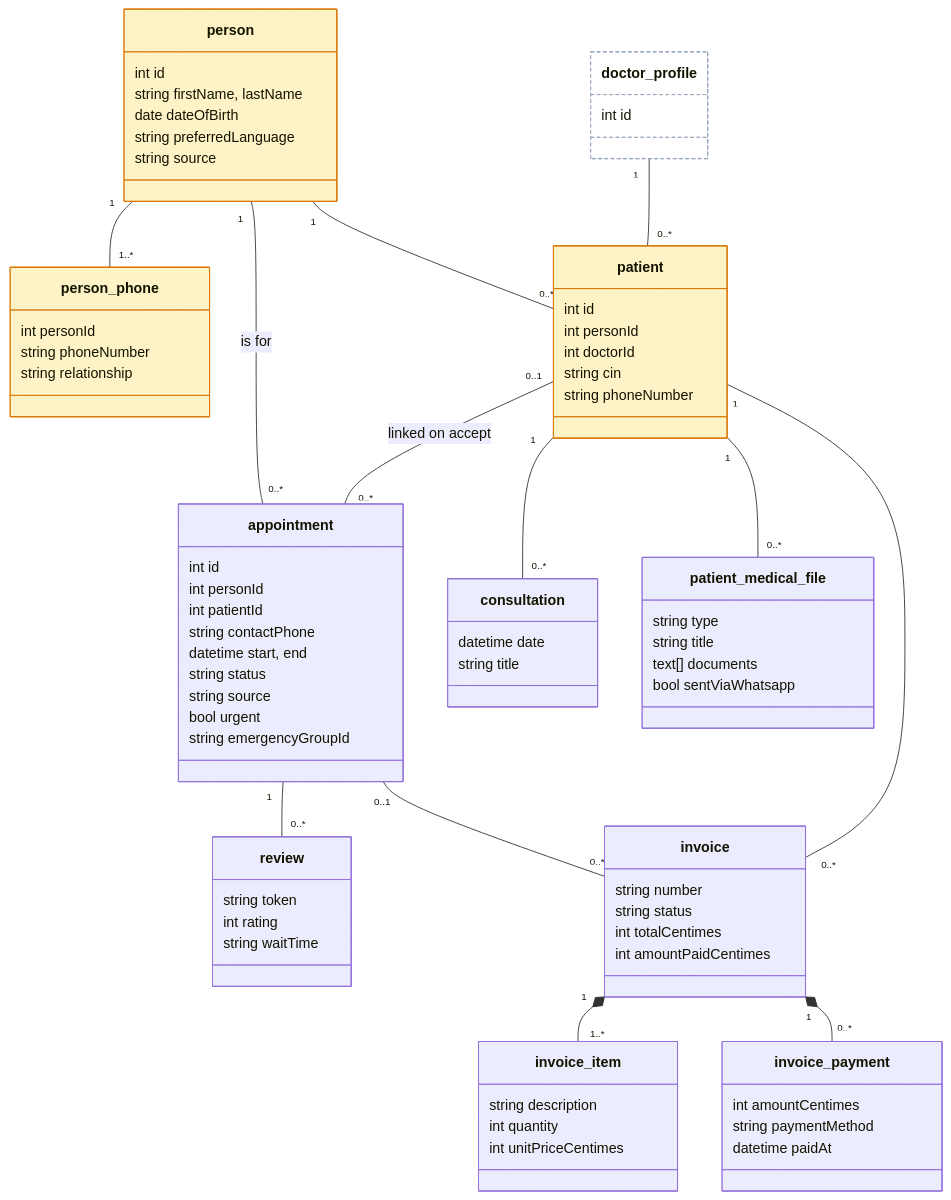
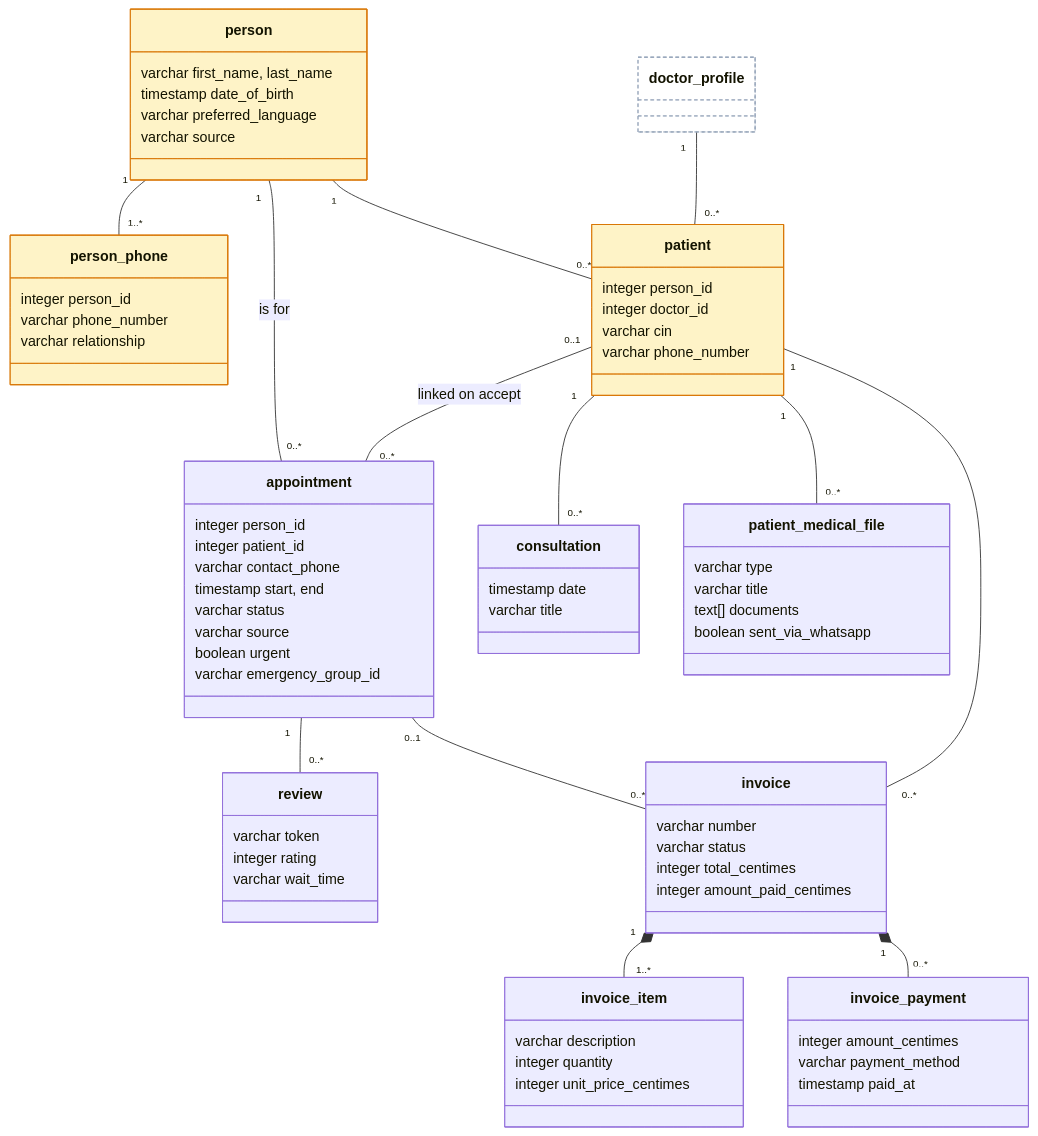
The diagram in images/diagrams/src/class_diagram_people_care.mmd (AtriOmar/riaya-report), drawn with Mermaid before and after one commit. The commit also changed 50 other files, not shown here.

First line of the commit message:
Restyle the diagrams and simplify the use cases

```diff
--- a/images/diagrams/src/class_diagram_people_care.mmd
+++ b/images/diagrams/src/class_diagram_people_care.mmd
@@ -1,85 +1,79 @@
 classDiagram
 direction TB
 
-class doctor_profile {
-  int id
-}
+class doctor_profile
 class person {
-  int id
-  string firstName, lastName
-  date dateOfBirth
-  string preferredLanguage
-  string source
+  varchar first_name, last_name
+  timestamp date_of_birth
+  varchar preferred_language
+  varchar source
 }
 class person_phone {
-  int personId
-  string phoneNumber
-  string relationship
+  integer person_id
+  varchar phone_number
+  varchar relationship
 }
 class patient {
-  int id
-  int personId
-  int doctorId
-  string cin
-  string phoneNumber
+  integer person_id
+  integer doctor_id
+  varchar cin
+  varchar phone_number
 }
 class appointment {
-  int id
-  int personId
-  int patientId
-  string contactPhone
-  datetime start, end
-  string status
-  string source
-  bool urgent
-  string emergencyGroupId
+  integer person_id
+  integer patient_id
+  varchar contact_phone
+  timestamp start, end
+  varchar status
+  varchar source
+  boolean urgent
+  varchar emergency_group_id
 }
 class review {
-  string token
-  int rating
-  string waitTime
+  varchar token
+  integer rating
+  varchar wait_time
 }
 class consultation {
-  datetime date
-  string title
+  timestamp date
+  varchar title
 }
 class patient_medical_file {
-  string type
-  string title
+  varchar type
+  varchar title
   text[] documents
-  bool sentViaWhatsapp
+  boolean sent_via_whatsapp
 }
 class invoice {
-  string number
-  string status
-  int totalCentimes
-  int amountPaidCentimes
+  varchar number
+  varchar status
+  integer total_centimes
+  integer amount_paid_centimes
 }
 class invoice_item {
-  string description
-  int quantity
-  int unitPriceCentimes
+  varchar description
+  integer quantity
+  integer unit_price_centimes
 }
 class invoice_payment {
-  int amountCentimes
-  string paymentMethod
-  datetime paidAt
+  integer amount_centimes
+  varchar payment_method
+  timestamp paid_at
 }
 
 person "1" -- "1..*" person_phone
 person "1" -- "0..*" patient
 doctor_profile "1" -- "0..*" patient
 person "1" -- "0..*" appointment : is for
 patient "0..1" -- "0..*" appointment : linked on accept
 patient "1" -- "0..*" consultation
 patient "1" -- "0..*" patient_medical_file
 appointment "1" -- "0..*" review
 appointment "0..1" -- "0..*" invoice
 patient "1" -- "0..*" invoice
 invoice "1" *-- "1..*" invoice_item
 invoice "1" *-- "0..*" invoice_payment
-
 style doctor_profile fill:#FFFFFF,stroke:#94A3B8,stroke-dasharray:4 3
 style person fill:#FEF3C7,stroke:#D97706
 style person_phone fill:#FEF3C7,stroke:#D97706
 style patient fill:#FEF3C7,stroke:#D97706
```
